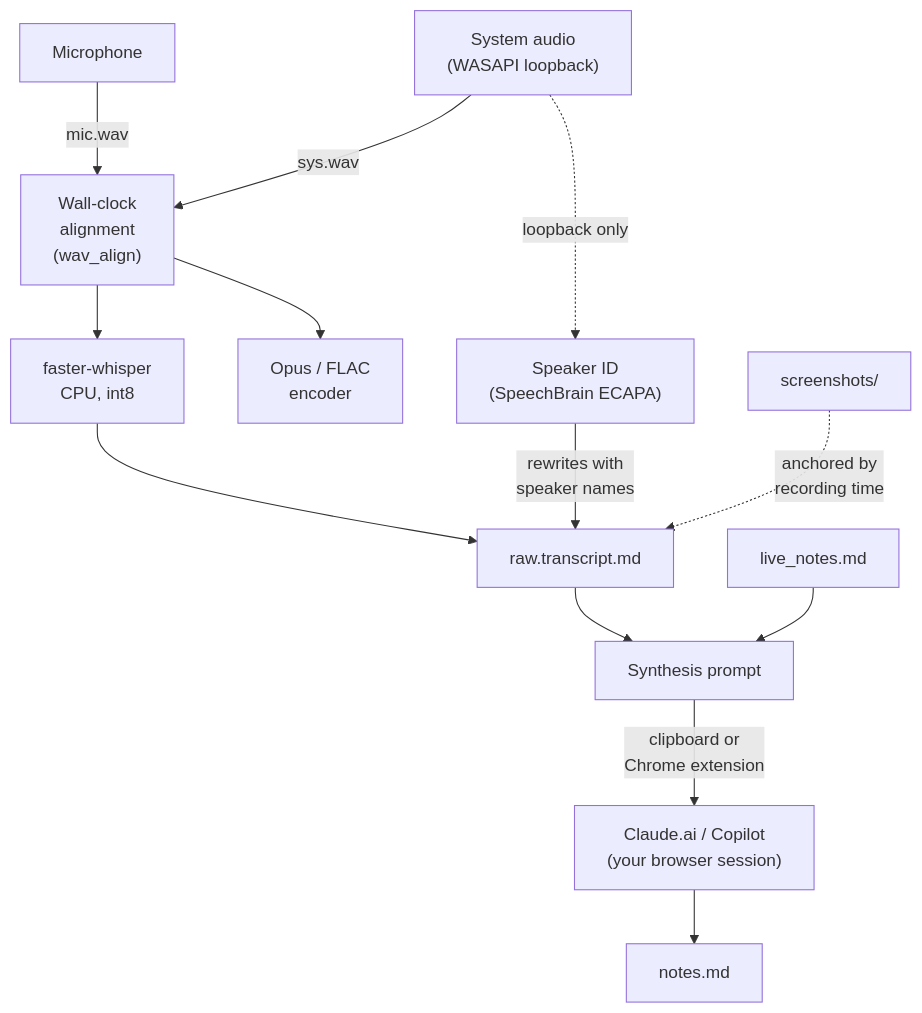
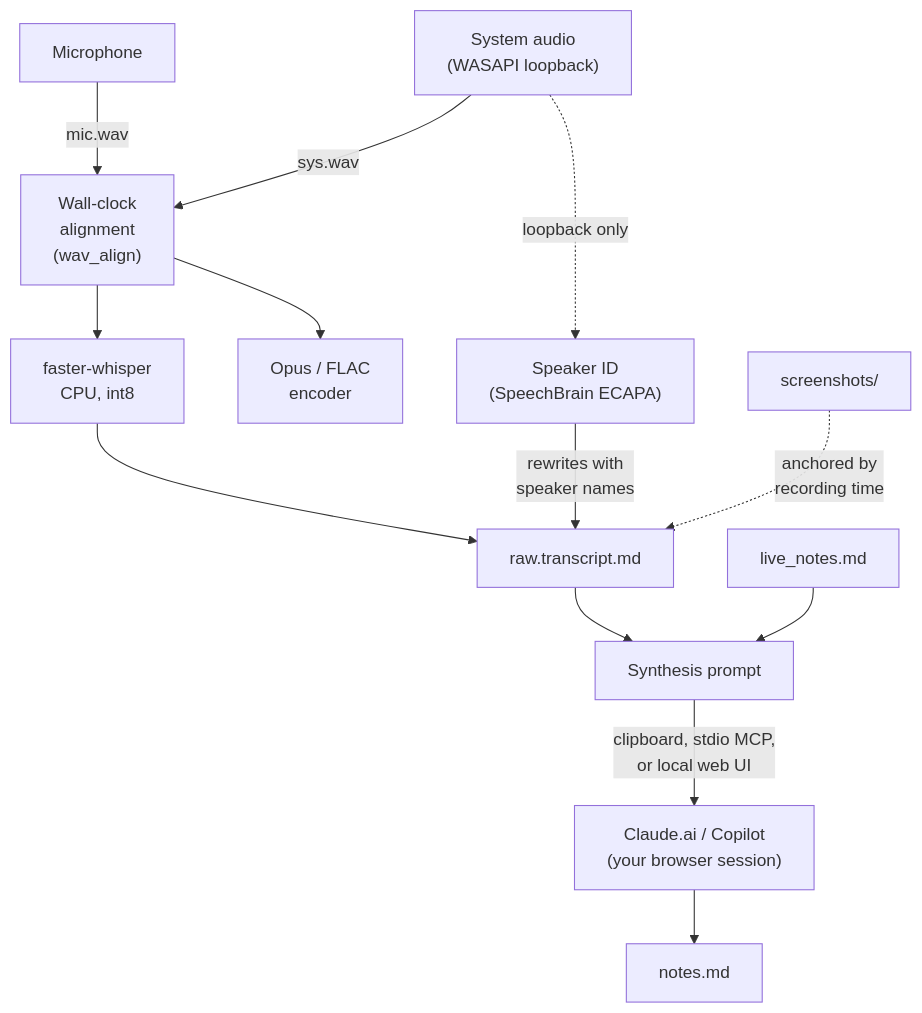
One commit to aarondodd/meeting-notetaker changed the first of 7 diagrams in README.md. Above: the diagram before and after it, drawn with Mermaid. The commit also changed other lines of this file and 74 other files, not shown here.

First line of the commit message:
Replace Chrome extension with MCP server for synthesis (#135)

````diff
--- a/README.md
+++ b/README.md
@@ -873,28 +192,28 @@
 ```mermaid
 flowchart TD
     mic[Microphone]
     sys["System audio<br/>(WASAPI loopback)"]
     align["Wall-clock<br/>alignment<br/>(wav_align)"]
     whisper["faster-whisper<br/>CPU, int8"]
     diar["Speaker ID<br/>(SpeechBrain ECAPA)"]
     encoder["Opus / FLAC<br/>encoder"]
     transcript[raw.transcript.md]
     sshots[screenshots/]
     notes_live[live_notes.md]
     notes[notes.md]
     prompt[Synthesis prompt]
     llm["Claude.ai / Copilot<br/>(your browser session)"]
 
     mic -->|mic.wav| align
     sys -->|sys.wav| align
     align --> whisper
     align --> encoder
     sys -. loopback only .-> diar
     diar -->|rewrites with<br/>speaker names| transcript
     whisper --> transcript
     sshots -. anchored by<br/>recording time .-> transcript
     notes_live --> prompt
     transcript --> prompt
-    prompt -->|clipboard or<br/>Chrome extension| llm
+    prompt -->|clipboard, stdio MCP,<br/>or local web UI| llm
     llm --> notes
 ```
````
